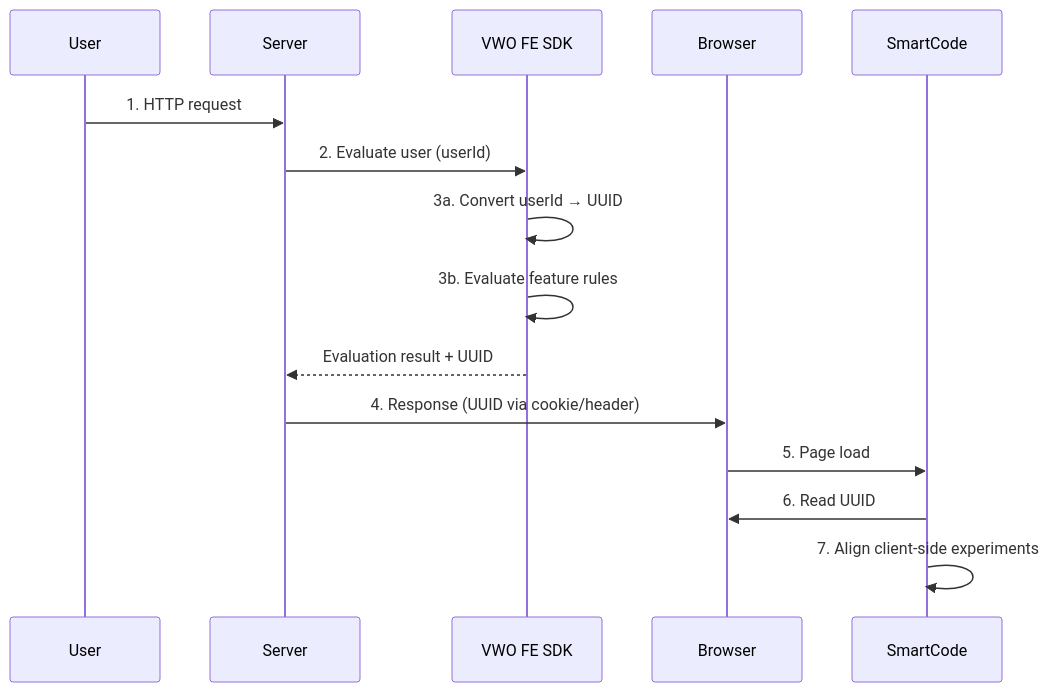
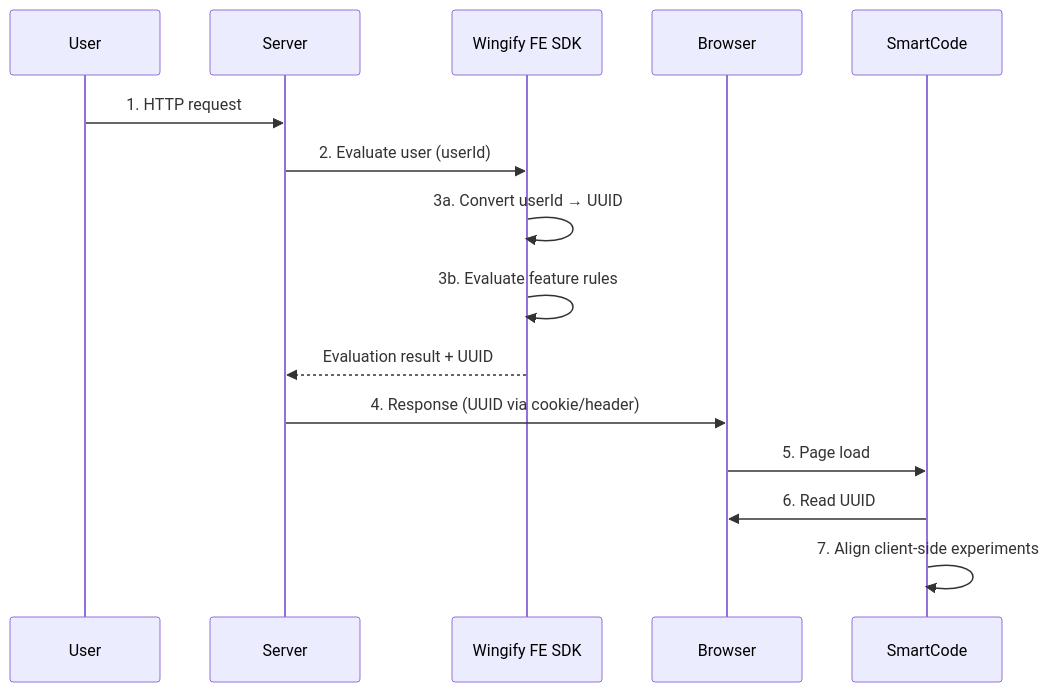
One commit to wingify/readme-central changed the second of 6 diagrams in docs/Unified Experimentation/fme-unified-experimentation-identity-synchronization.md. Above: the diagram before and after it, drawn with Mermaid. The commit also changed other lines of this file, not shown here.

````diff
--- a/docs/Unified Experimentation/fme-unified-experimentation-identity-synchronization.md
+++ b/docs/Unified Experimentation/fme-unified-experimentation-identity-synchronization.md
@@ -250,19 +250,19 @@
 ```mermaid
 sequenceDiagram
     participant User
     participant Server
-    participant FE_SDK as VWO FE SDK
+    participant FE_SDK as Wingify FE SDK
     participant Browser
     participant SmartCode
 
     User->>Server: 1. HTTP request
     Server->>FE_SDK: 2. Evaluate user (userId)
     FE_SDK->>FE_SDK: 3a. Convert userId → UUID
     FE_SDK->>FE_SDK: 3b. Evaluate feature rules
     FE_SDK-->>Server: Evaluation result + UUID
     Server->>Browser: 4. Response (UUID via cookie/header)
     Browser->>SmartCode: 5. Page load
     SmartCode->>Browser: 6. Read UUID
     SmartCode->>SmartCode: 7. Align client-side experiments
 
 ```
````
